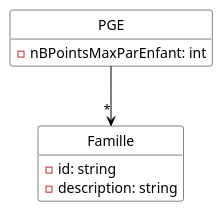
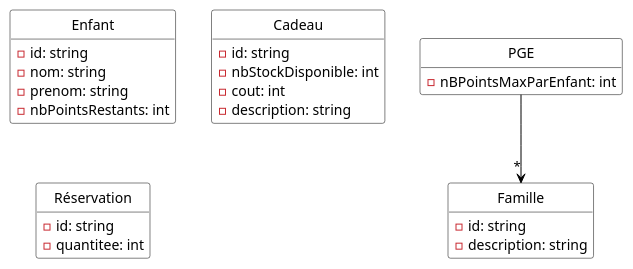
Before and after one commit to yasminebelmaaziz/dev_logiciel: the diagram in Diagrammes/pge_uml_diag_classes.pu, drawn with PlantUML. The commit also changed 1 other file, not shown here.

```diff
--- a/Diagrammes/pge_uml_diag_classes.pu
+++ b/Diagrammes/pge_uml_diag_classes.pu
@@ -1,22 +1,43 @@
 @startuml
 hide empty methods
 hide circle
 skinparam class {
   BackgroundColor White
   ArrowColor Black
   BorderColor Black
 }
 skinparam groupInheritance 3
 
 class PGE {
   - nBPointsMaxParEnfant: int
 }
 
 class Famille {
   - id: string
   - description: string
 }
 
+class Enfant {
+  - id: string
+  - nom: string
+  - prenom: string
+  - nbPointsRestants: int
+}
+
+class Cadeau {
+  - id: string
+  - nbStockDisponible: int
+  - cout: int
+  - description: string
+}
+
+class Réservation {
+  - id: string
+  - quantitee: int
+}
+
+
+
 PGE --> "*" Famille
 
 @enduml
```
